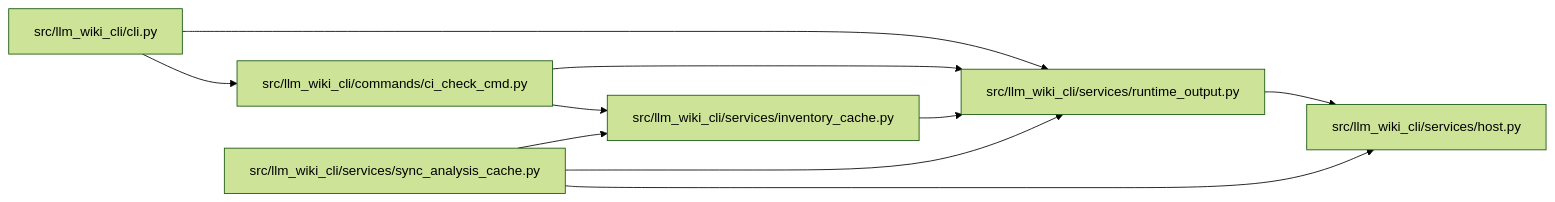
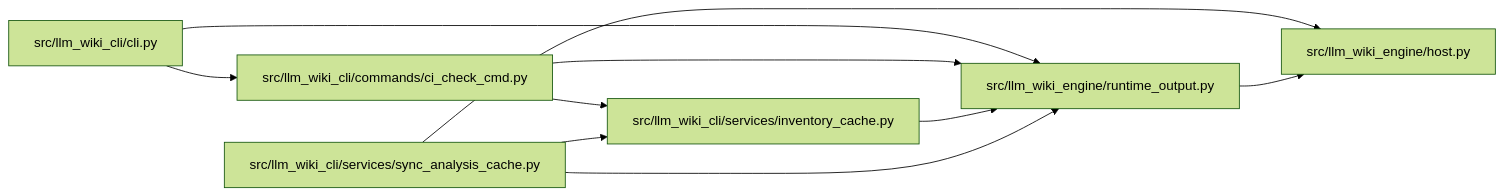
One commit to Denissvgn/python-wiki-llm changed the diagram in docs/llm_wiki/modules/runtime_output.md. Above: the diagram before and after it, drawn with Mermaid (forest theme). The commit also changed other lines of this file and 1103 other files, not shown here.

First line of the commit message:
docs: refresh the wiki for the llm-wiki-engine distribution

````diff
--- a/docs/llm_wiki/modules/runtime_output.md
+++ b/docs/llm_wiki/modules/runtime_output.md
@@ -24,24 +24,24 @@
 ```mermaid
 flowchart LR
     n0["src/llm_wiki_cli/cli.py"]
     n1["src/llm_wiki_cli/commands/ci_check_cmd.py"]
-    n2["src/llm_wiki_cli/services/host.py"]
-    n3["src/llm_wiki_cli/services/inventory_cache.py"]
-    n4["src/llm_wiki_cli/services/runtime_output.py"]
-    n5["src/llm_wiki_cli/services/sync_analysis_cache.py"]
+    n2["src/llm_wiki_cli/services/inventory_cache.py"]
+    n3["src/llm_wiki_cli/services/sync_analysis_cache.py"]
+    n4["src/llm_wiki_engine/host.py"]
+    n5["src/llm_wiki_engine/runtime_output.py"]
     n0 --> n1
-    n0 --> n4
-    n1 --> n3
-    n1 --> n4
+    n0 --> n5
+    n1 --> n2
+    n1 --> n5
+    n2 --> n5
+    n3 --> n2
     n3 --> n4
-    n4 --> n2
-    n5 --> n2
-    n5 --> n3
+    n3 --> n5
     n5 --> n4
     click n0 "../modules/cli.md"
     click n1 "../modules/ci_check_cmd.md"
-    click n2 "../modules/host.md"
-    click n3 "../modules/inventory_cache.md"
-    click n4 "../modules/runtime_output.md"
-    click n5 "../modules/sync_analysis_cache.md"
+    click n2 "../modules/inventory_cache.md"
+    click n3 "../modules/sync_analysis_cache.md"
+    click n4 "../modules/host.md"
+    click n5 "../modules/runtime_output.md"
 ```
````
